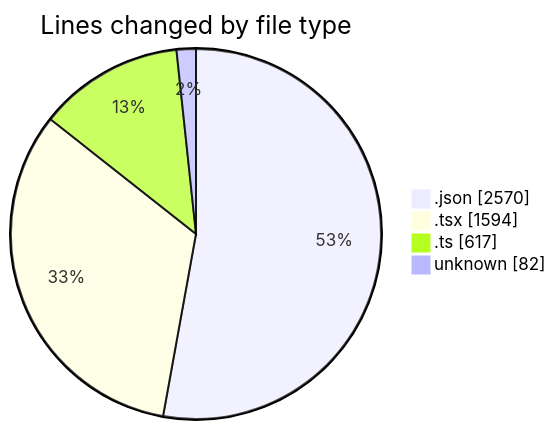
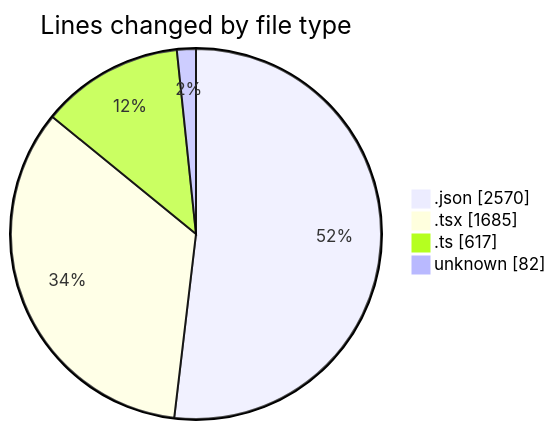
The first of 2 diagrams in 2025-10-29/eventscop-frontend-guide__workspace_/README.md (julien-gomy/code-tracking), drawn with Mermaid before and after one commit. The commit also changed other lines of this file and 1 other file, not shown here.

````diff
--- a/2025-10-29/eventscop-frontend-guide__workspace_/README.md
+++ b/2025-10-29/eventscop-frontend-guide__workspace_/README.md
@@ -49,8 +50,8 @@
 ```mermaid
 pie showData
 title Lines changed by file type
 ".json" : 2570
-".tsx" : 1594
+".tsx" : 1685
 ".ts" : 617
 "unknown" : 82
 ```
````
